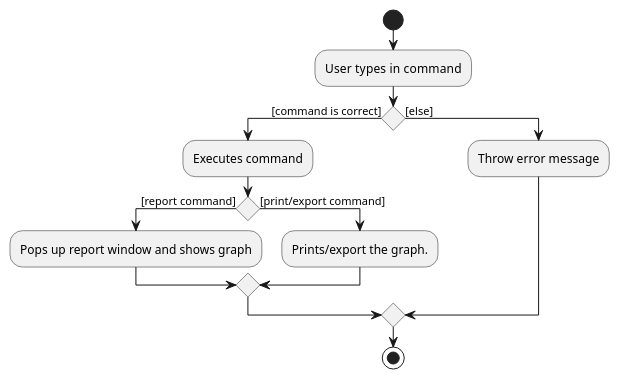
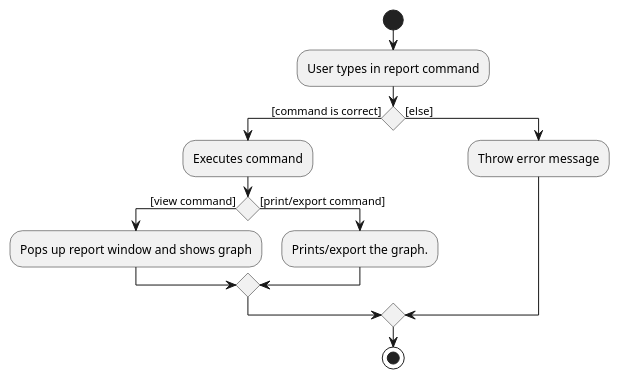
Before and after one commit to zwasd/main: the diagram in docs/diagrams/tracing/Report(MainWindow).puml, drawn with PlantUML. The commit also changed 4 other files, not shown here.

Commit message:
Update DG and UML

```diff
--- a/docs/diagrams/tracing/Report(MainWindow).puml
+++ b/docs/diagrams/tracing/Report(MainWindow).puml
@@ -1,15 +1,15 @@
 @startuml
 start
-:User types in  command;
+:User types in report command;
 if () then ([command is correct])
     :Executes command;
-     if() then ([report command])
+     if() then ([view command])
      :Pops up report window and shows graph;
      else ([print/export command])
      :Prints/export the graph.;
      endif
 else ([else])
     :Throw error message;
 endif
 stop
 @enduml
```
